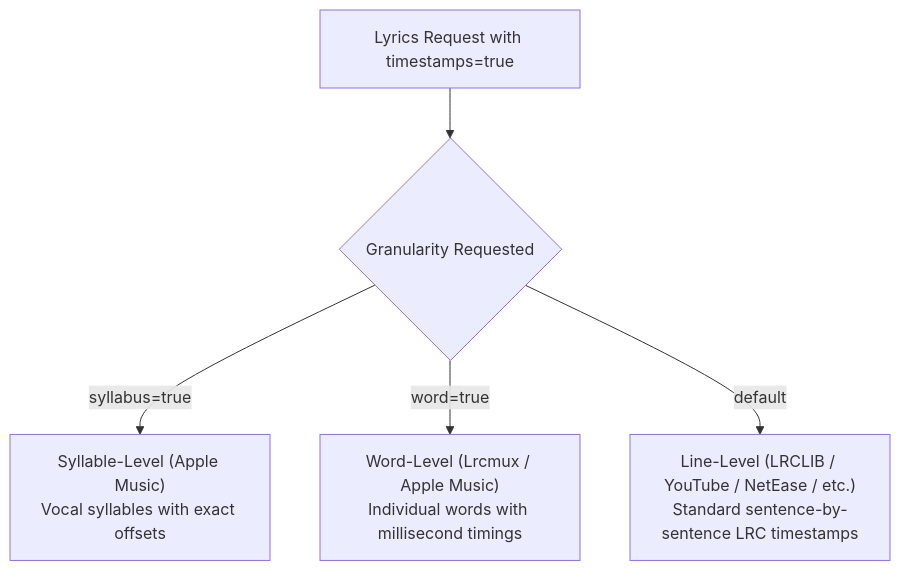
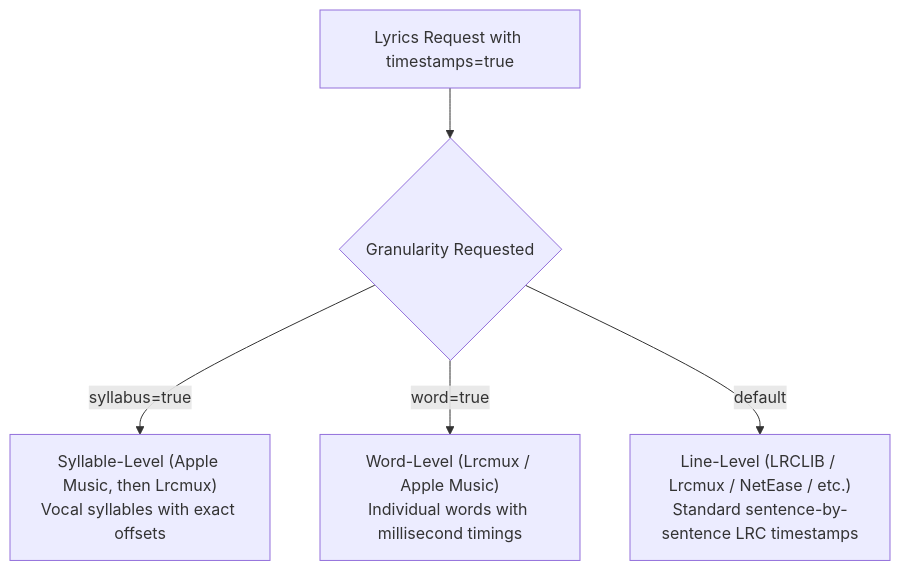
Before and after one commit to Wilooper/Lyrica: the diagram in docs/api/lyrics.md, drawn with Mermaid. The commit also changed other lines of this file and 44 other files, not shown here.

````diff
--- a/docs/api/lyrics.md
+++ b/docs/api/lyrics.md
@@ -36,7 +36,7 @@
 ```mermaid
 graph TD
     A[Lyrics Request with timestamps=true] --> B{Granularity Requested}
-    B -- syllabus=true --> C["Syllable-Level (Apple Music)<br/>Vocal syllables with exact offsets"]
+    B -- syllabus=true --> C["Syllable-Level (Apple Music, then Lrcmux)<br/>Vocal syllables with exact offsets"]
     B -- word=true --> D["Word-Level (Lrcmux / Apple Music)<br/>Individual words with millisecond timings"]
-    B -- default --> E["Line-Level (LRCLIB / YouTube / NetEase / etc.)<br/>Standard sentence-by-sentence LRC timestamps"]
+    B -- default --> E["Line-Level (LRCLIB / Lrcmux / NetEase / etc.)<br/>Standard sentence-by-sentence LRC timestamps"]
 ```
````
